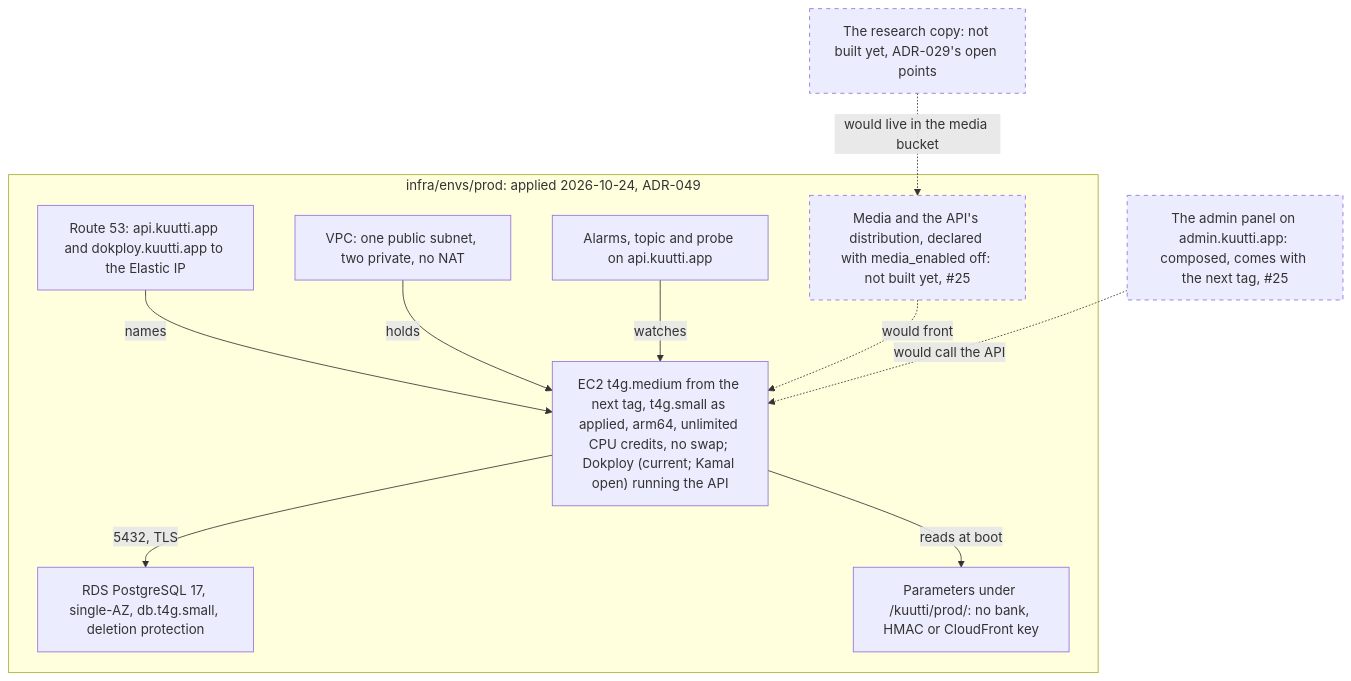
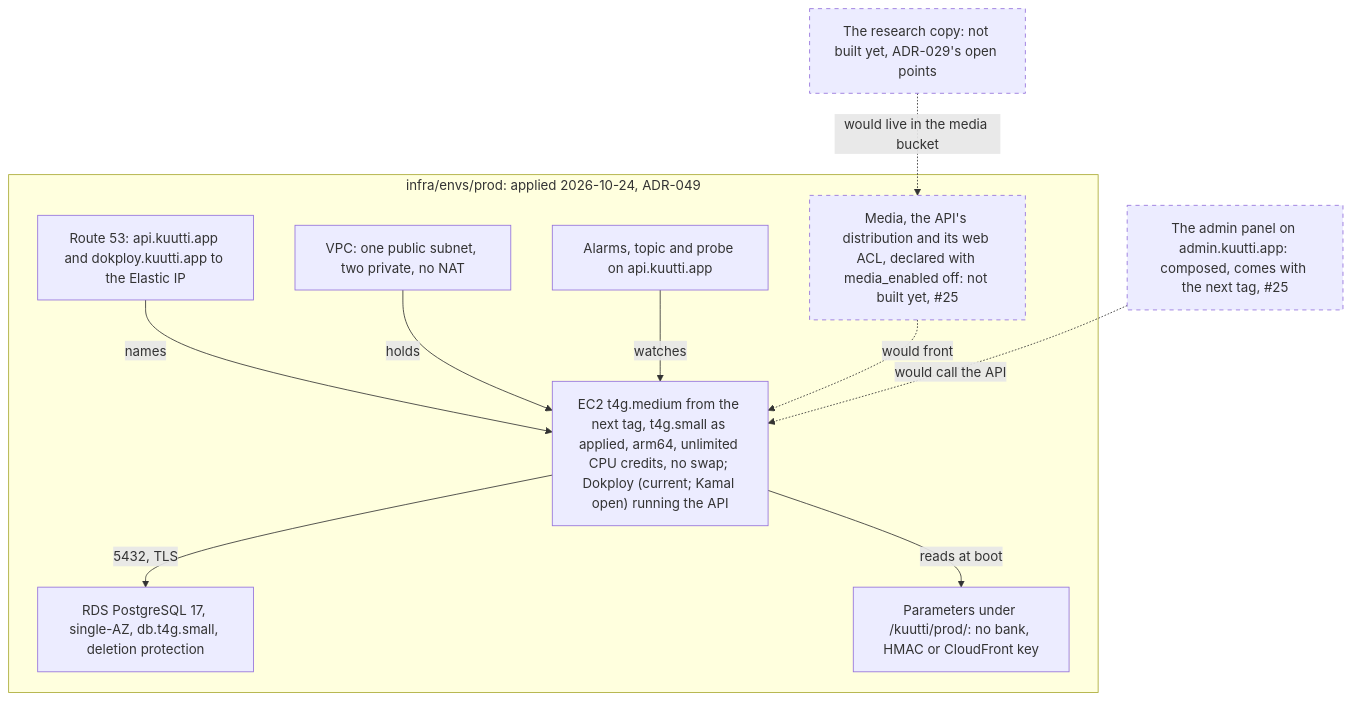
The fifth of 6 diagrams in docs/architecture/deployment.md (kuutti-ry/kuutti-app), drawn with Mermaid before and after one commit. The commit also changed other lines of this file and 33 other files, not shown here.

````diff
--- a/docs/architecture/deployment.md
+++ b/docs/architecture/deployment.md
@@ -274,25 +282,25 @@
 ```mermaid
 flowchart TB
   accTitle: Deployment, part 5: production
   accDescr: infra/envs/prod, applied on 2026-10-24 before the first release, composes the same network, box, database, alarms and parameters as staging, with a larger box from the next tag, a larger database class and deletion protection. Dokploy on the box runs one application, the API, pinned to a commit and with bank identification off. The media module is declared switched off; the admin panel's host is composed and comes with the next tag; the research copy is not built.
   subgraph prodenv["infra/envs/prod: applied 2026-10-24, ADR-049"]
     n52["Route 53: api.kuutti.app and dokploy.kuutti.app to the Elastic IP"]
     n53["VPC: one public subnet, two private, no NAT"]
     n54["EC2 t4g.medium from the next tag, t4g.small as applied, arm64, unlimited CPU credits, no swap; Dokploy (current; Kamal open) running the API"]
     n55["RDS PostgreSQL 17, single-AZ, db.t4g.small, deletion protection"]
     n56["Parameters under /kuutti/prod/: no bank, HMAC or CloudFront key"]
     n57["Alarms, topic and probe on api.kuutti.app"]
-    n58["Media and the API's distribution, declared with media_enabled off: not built yet, #25"]:::notbuilt
+    n58["Media, the API's distribution and its web ACL, declared with media_enabled off: not built yet, #25"]:::notbuilt
   end
   n59["The admin panel on admin.kuutti.app: composed, comes with the next tag, #25"]:::notbuilt
   n60["The research copy: not built yet, ADR-029's open points"]:::notbuilt
   n52 -->|"names"| n54
   n53 -->|"holds"| n54
   n54 -->|"5432, TLS"| n55
   n54 -->|"reads at boot"| n56
   n57 -->|"watches"| n54
   n58 -.->|"would front"| n54
   n59 -.->|"would call the API"| n54
   n60 -.->|"would live in the media bucket"| n58
   classDef notbuilt stroke-dasharray: 5 5
 ```
````
